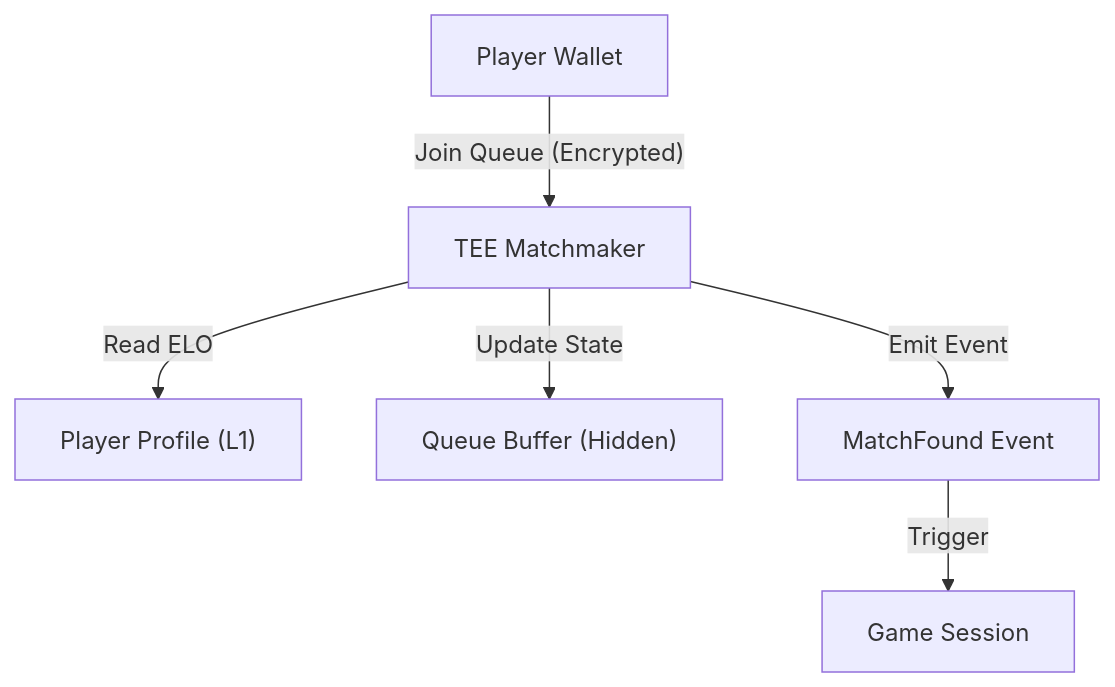
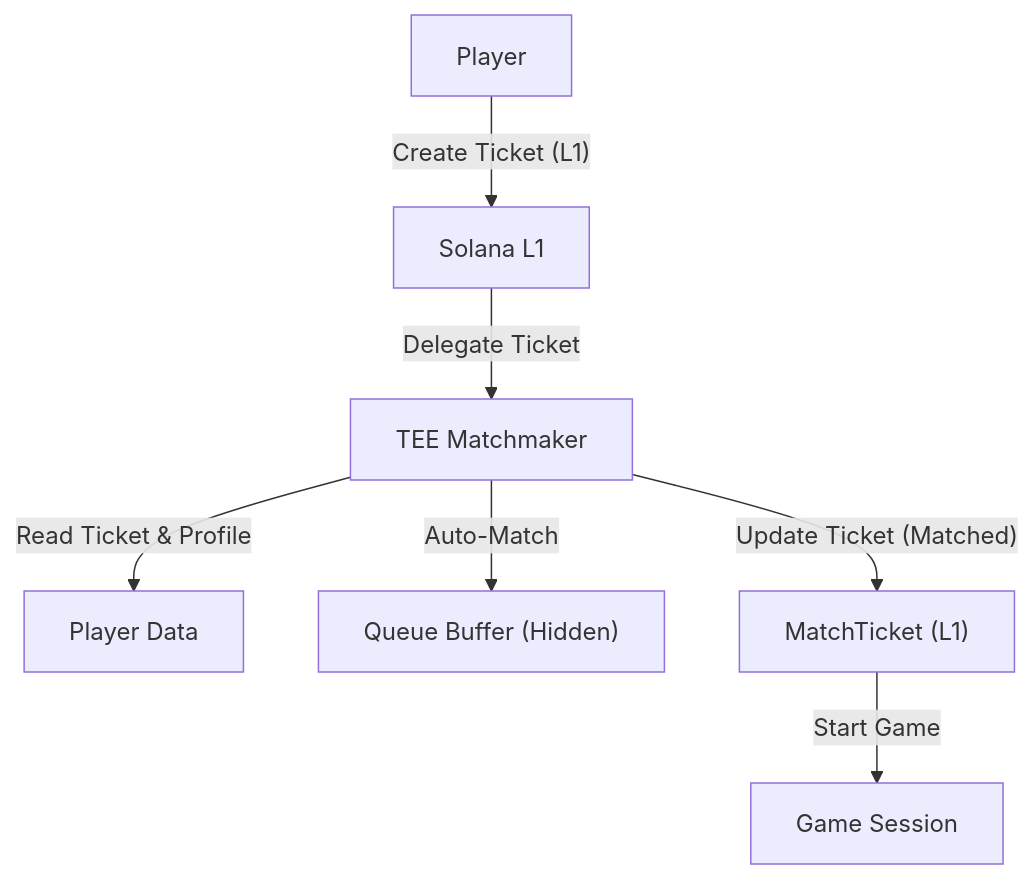
The diagram in private-matchmaking-whitepaper.md (val-samonte/private-matchmaking), drawn with Mermaid before and after one commit. The commit also changed other lines of this file and 5 other files, not shown here.

Commit message:
feat: Implement game start with match ticket verification and an `on_match_found` callback instruction.

````diff
--- a/private-matchmaking-whitepaper.md
+++ b/private-matchmaking-whitepaper.md
@@ -20,8 +20,9 @@
 ```mermaid
 graph TD
-    User["Player Wallet"] -->|"Join Queue (Encrypted)"| TEE["TEE Matchmaker"]
-    TEE -->|"Read ELO"| UserProfile["Player Profile (L1)"]
-    TEE -->|"Update State"| QueueState["Queue Buffer (Hidden)"]
-    TEE -->|"Emit Event"| Event["MatchFound Event"]
-    Event -->|"Trigger"| Game["Game Session"]
+    User["Player"] -->|"Create Ticket (L1)"| L1["Solana L1"]
+    L1 -->|"Delegate Ticket"| TEE["TEE Matchmaker"]
+    TEE -->|"Read Ticket & Profile"| UserProfile["Player Data"]
+    TEE -->|"Auto-Match"| QueueState["Queue Buffer (Hidden)"]
+    TEE -->|"Update Ticket (Matched)"| L1Ticket["MatchTicket (L1)"]
+    L1Ticket -->|"Start Game"| Game["Game Session"]
 ```
````
